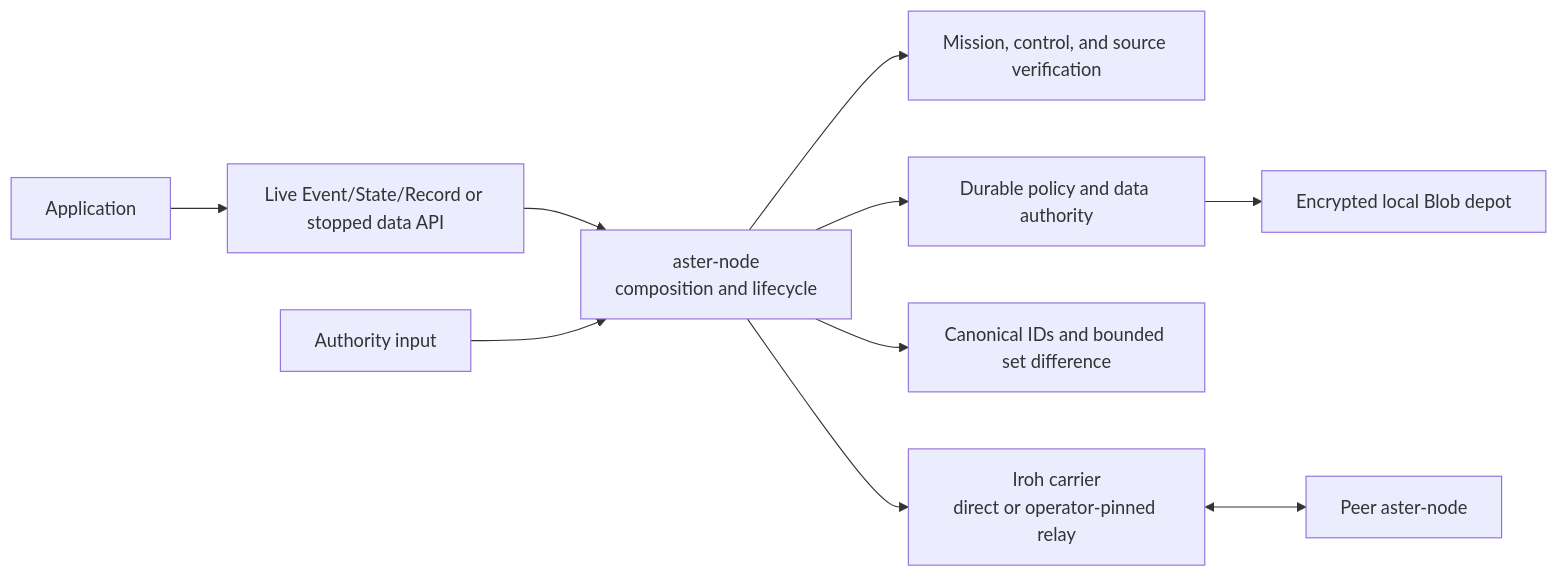
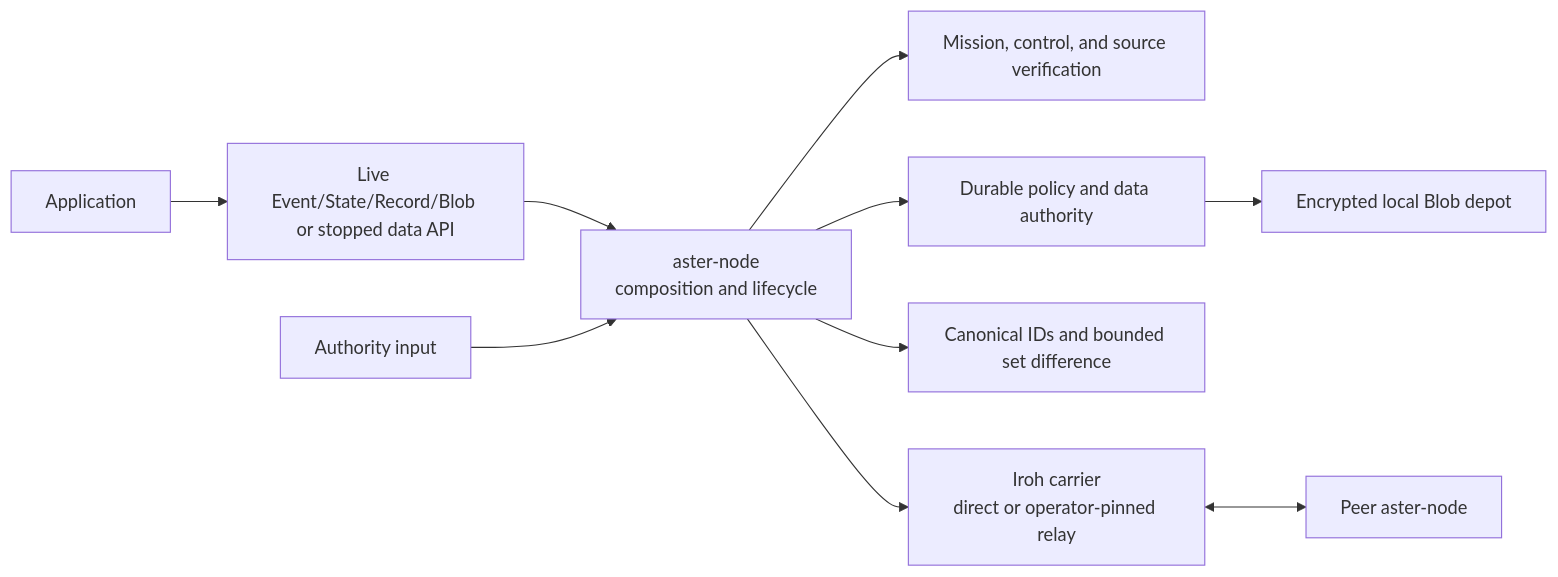
Before and after one commit to asirak-astertech/aster: the first of 2 diagrams in docs/transports.md, drawn with Mermaid. The commit also changed other lines of this file and 34 other files, not shown here.

First line of the commit message:
Add bounded selected live Blob application pipeline (#46)

````diff
--- a/docs/transports.md
+++ b/docs/transports.md
@@ -24,12 +24,12 @@
 ```mermaid
 flowchart LR
-    App["Application"] --> API["Live Event/State/Record or stopped data API"]
+    App["Application"] --> API["Live Event/State/Record/Blob or stopped data API"]
     API --> Node["aster-node<br/>composition and lifecycle"]
     Authority["Authority input"] --> Node
     Node --> Security["Mission, control, and source verification"]
     Node --> Store["Durable policy and data authority"]
     Store --> Depot["Encrypted local Blob depot"]
     Node --> Reconcile["Canonical IDs and bounded set difference"]
     Node --> Carrier["Iroh carrier<br/>direct or operator-pinned relay"]
     Carrier <--> Peer["Peer aster-node"]
 ```
````
